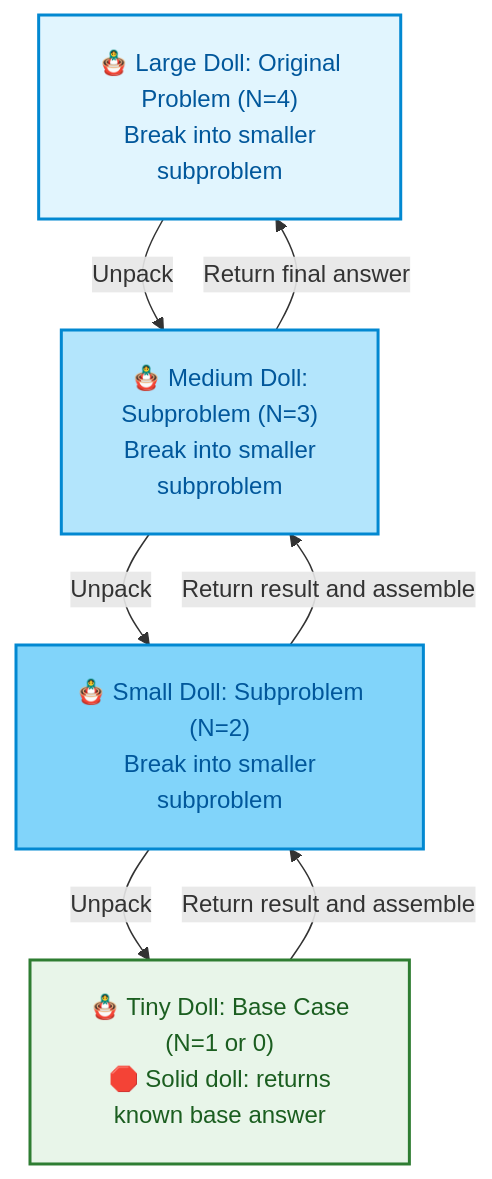
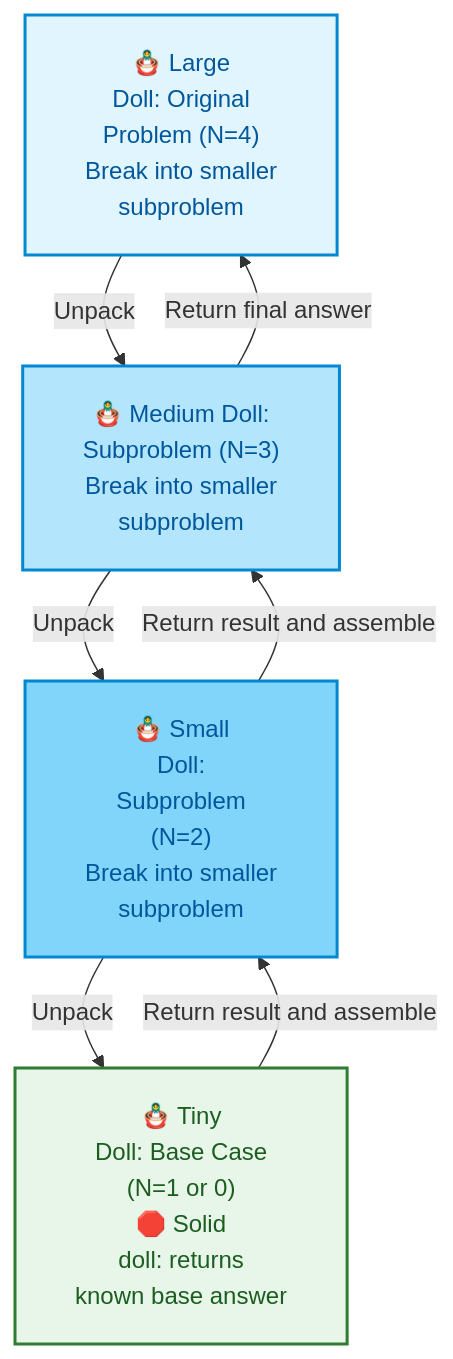
Before and after one commit to dip4k/DSA_102: the diagram in week_01_foundations_i_computational_fundamentals/WEEK_01_FULL_PLAYBOOK.md, drawn with Mermaid. The commit also changed 106 other files, not shown here.

First line of the commit message:
fix(mermaid): prevent text clipping with foreignObject overflow and tighter line wrapping

````diff
--- a/week_01_foundations_i_computational_fundamentals/WEEK_01_FULL_PLAYBOOK.md
+++ b/week_01_foundations_i_computational_fundamentals/WEEK_01_FULL_PLAYBOOK.md
@@ -1140,20 +1140,20 @@
 ```mermaid
-%%{init: {"flowchart": {"htmlLabels": true, "padding": 20}}}%%
+%%{init: {"flowchart": {"htmlLabels": true, "padding": 20}, "themeCSS": "foreignObject { overflow: visible !important; }"}}%%
 flowchart TD
     classDef dollLarge fill:#e1f5fe,stroke:#0288d1,stroke-width:2px,color:#01579b
     classDef dollMed fill:#b3e5fc,stroke:#0288d1,stroke-width:2px,color:#01579b
     classDef dollSmall fill:#81d4fa,stroke:#0288d1,stroke-width:2px,color:#01579b
     classDef baseDoll fill:#e8f5e9,stroke:#2e7d32,stroke-width:2px,color:#1b5e20
 
-    D4["🪆 Large Doll: Original<br/>Problem (N=4)<br/>Break into smaller<br/>subproblem"]:::dollLarge
+    D4["🪆 Large<br/>Doll: Original<br/>Problem (N=4)<br/>Break into smaller<br/>subproblem"]:::dollLarge
     D3["🪆 Medium Doll:<br/>Subproblem (N=3)<br/>Break into smaller<br/>subproblem"]:::dollMed
-    D2["🪆 Small Doll: Subproblem<br/>(N=2)<br/>Break into smaller<br/>subproblem"]:::dollSmall
-    D1["🪆 Tiny Doll: Base Case<br/>(N=1 or 0)<br/>🛑 Solid doll: returns<br/>known base answer"]:::baseDoll
+    D2["🪆 Small<br/>Doll:<br/>Subproblem<br/>(N=2)<br/>Break into smaller<br/>subproblem"]:::dollSmall
+    D1["🪆 Tiny<br/>Doll: Base Case<br/>(N=1 or 0)<br/>🛑 Solid<br/>doll: returns<br/>known base answer"]:::baseDoll
 
     D4 -->|"Unpack"| D3
     D3 -->|"Unpack"| D2
     D2 -->|"Unpack"| D1
     D1 -->|"Return result and assemble"| D2
     D2 -->|"Return result and assemble"| D3
     D3 -->|"Return final answer"| D4
 ```
````
